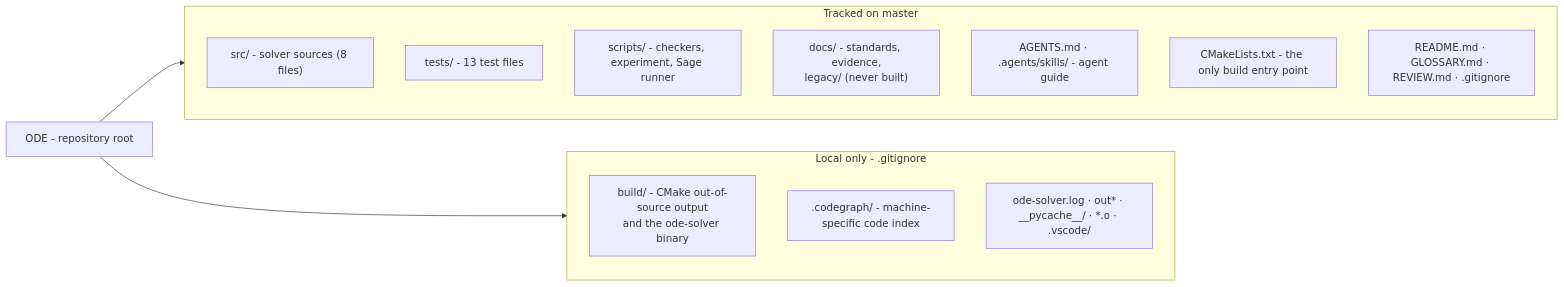
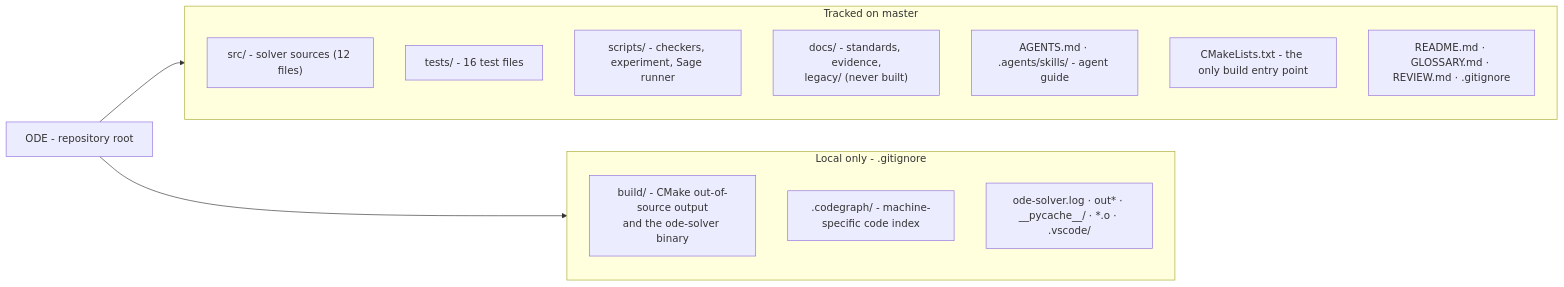
One commit to Lmex89/Differential-Evolutions changed the second of 2 diagrams in README.md. Above: the diagram before and after it, drawn with Mermaid. The commit also changed 3 other files, not shown here.

````diff
--- a/README.md
+++ b/README.md
@@ -69,25 +69,25 @@
 ```mermaid
 flowchart LR
     ROOT["ODE - repository root"]
 
     subgraph TRACK["Tracked on master"]
         direction TB
-        SRC["src/ - solver sources (8 files)"]
-        TST["tests/ - 13 test files"]
+        SRC["src/ - solver sources (12 files)"]
+        TST["tests/ - 16 test files"]
         SCR["scripts/ - checkers, experiment, Sage runner"]
         DOC["docs/ - standards, evidence,<br/>legacy/ (never built)"]
         AGT["AGENTS.md · .agents/skills/ - agent guide"]
         CFG["CMakeLists.txt - the only build entry point"]
         META["README.md · GLOSSARY.md · REVIEW.md · .gitignore"]
     end
 
     subgraph LOCAL["Local only - .gitignore"]
         direction TB
         BLD["build/ - CMake out-of-source output<br/>and the ode-solver binary"]
         CGF[".codegraph/ - machine-specific code index"]
         ART["ode-solver.log · out* · __pycache__/ · *.o · .vscode/"]
     end
 
     ROOT --> TRACK
     ROOT --> LOCAL
 ```
````
